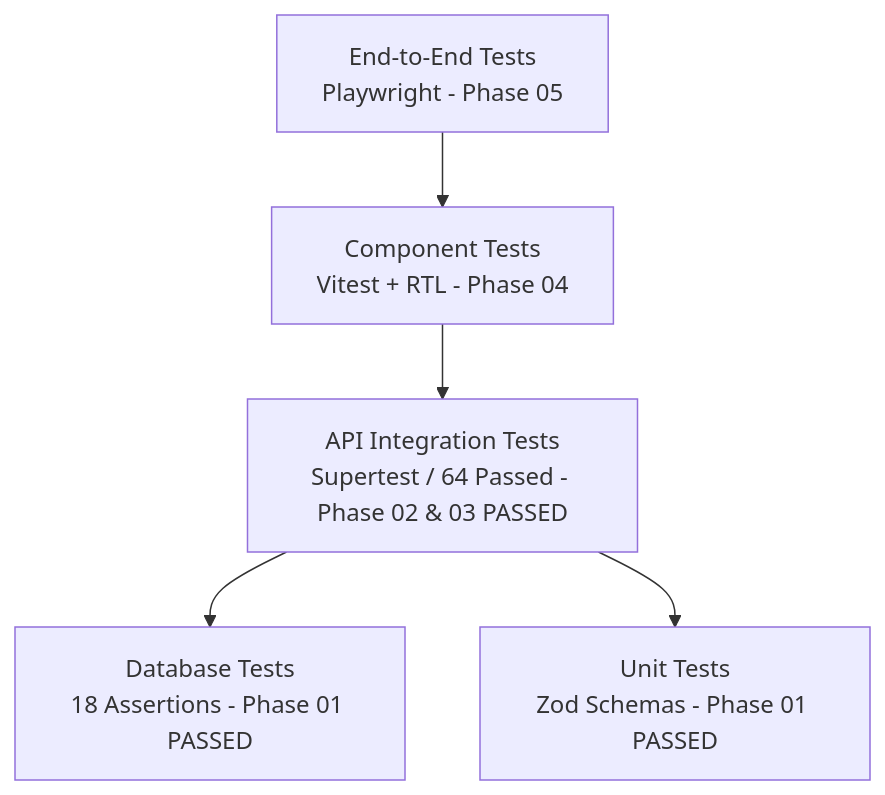
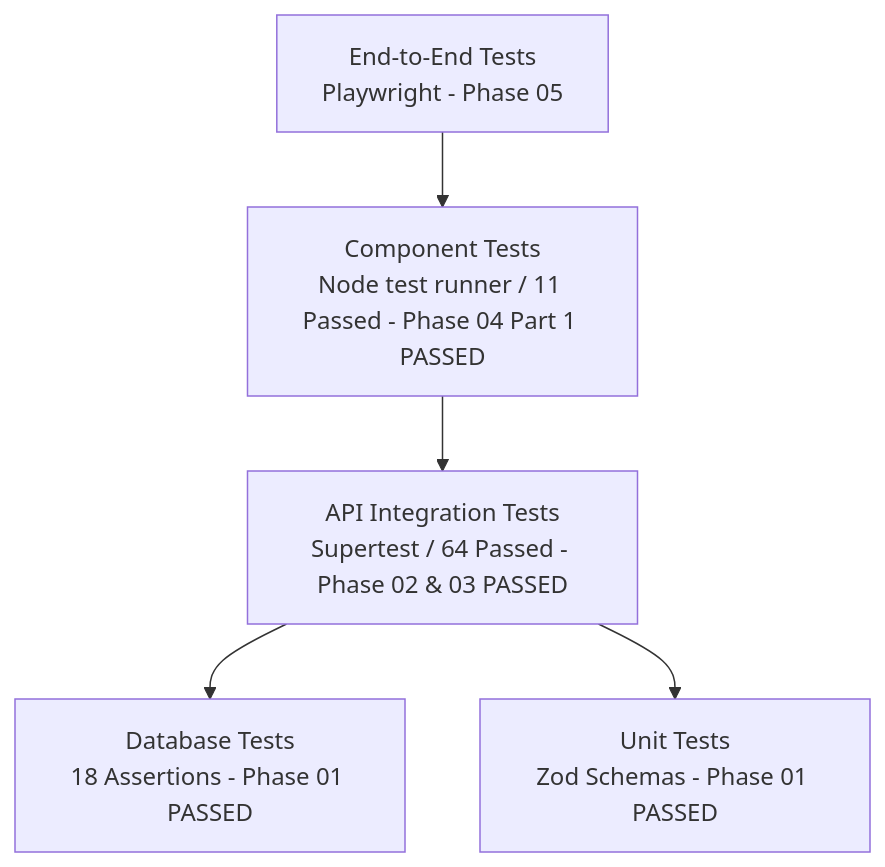
The diagram in docs/test-report.md (ragnarStark79/AnimeManager), drawn with Mermaid before and after one commit. The commit also changed other lines of this file and 55 other files, not shown here.

Commit message:
feat: establish glassmorphism frontend foundation (Phase 04 Part 1)

````diff
--- a/docs/test-report.md
+++ b/docs/test-report.md
@@ -255,13 +286,13 @@
 ```mermaid
 graph TD
     E2E[End-to-End Tests<br/>Playwright - Phase 05]
-    Comp[Component Tests<br/>Vitest + RTL - Phase 04]
+    Comp[Component Tests<br/>Node test runner / 11 Passed - Phase 04 Part 1 PASSED]
     Int[API Integration Tests<br/>Supertest / 64 Passed - Phase 02 & 03 PASSED]
     DB[Database Tests<br/>18 Assertions - Phase 01 PASSED]
     Unit[Unit Tests<br/>Zod Schemas - Phase 01 PASSED]
 
     E2E --> Comp
     Comp --> Int
     Int --> DB
     Int --> Unit
 ```
````
